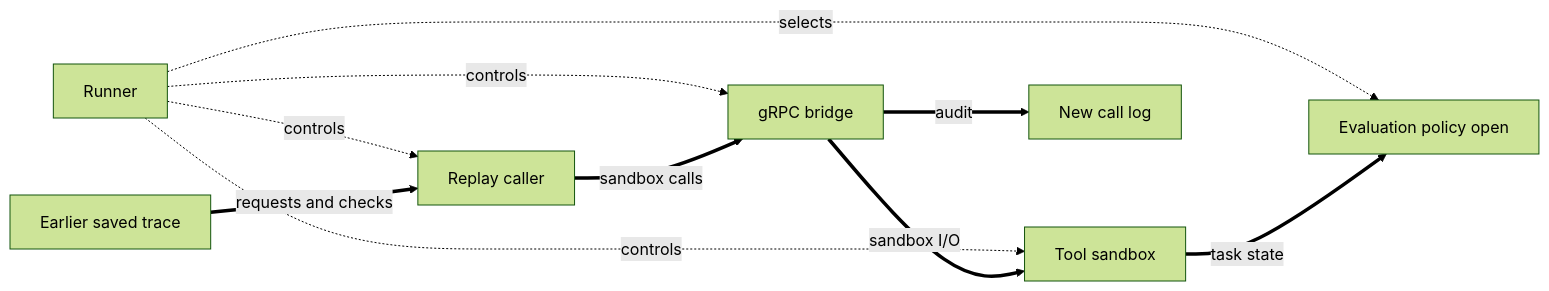
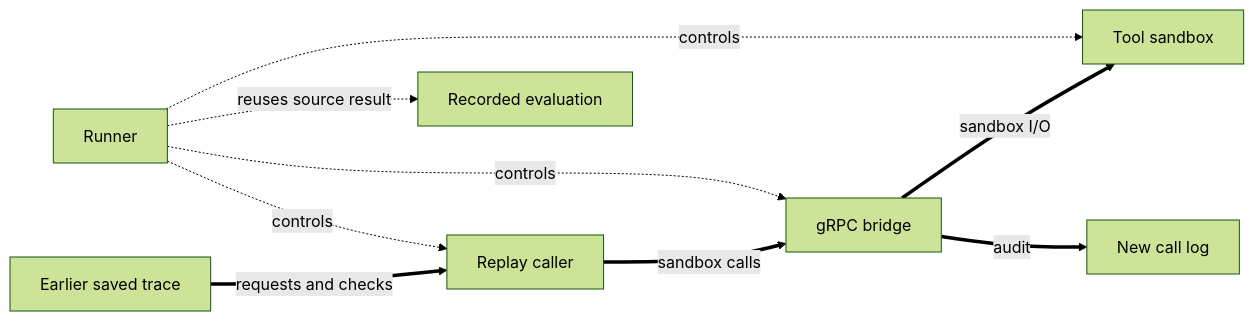
One commit to hyscale-lab/ARIES changed the second of 2 diagrams in docs/design/replayer.md. Above: the diagram before and after it, drawn with Mermaid (forest theme). The commit also changed other lines of this file, not shown here.

````diff
--- a/docs/design/replayer.md
+++ b/docs/design/replayer.md
@@ -24,12 +24,11 @@
 ```mermaid
 flowchart LR
     R[Runner] -. controls .-> H[Replay caller]
     R -. controls .-> B[gRPC bridge]
     R -. controls .-> S[Tool sandbox]
-    R -. selects .-> E[Evaluation policy open]
+    R -. reuses source result .-> E[Recorded evaluation]
     T[Earlier saved trace] ==>|requests and checks| H
     H ==>|sandbox calls| B
     B ==>|sandbox I/O| S
-    S ==>|task state| E
     B ==>|audit| L[New call log]
 ```
````
